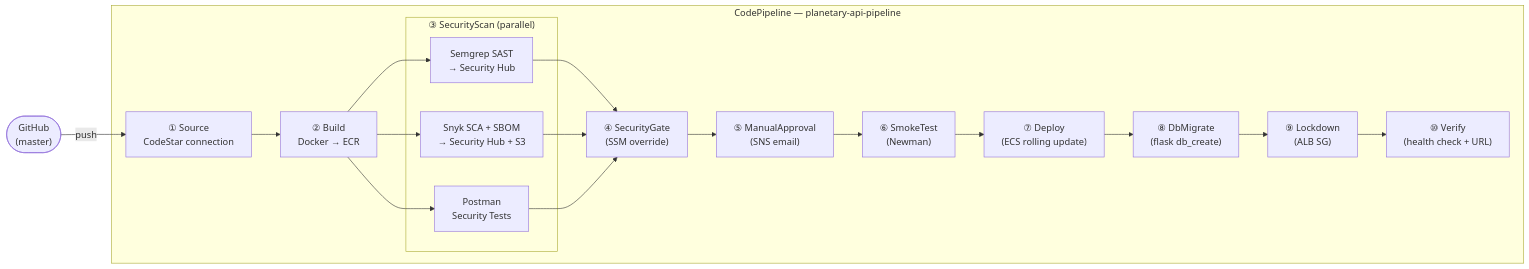
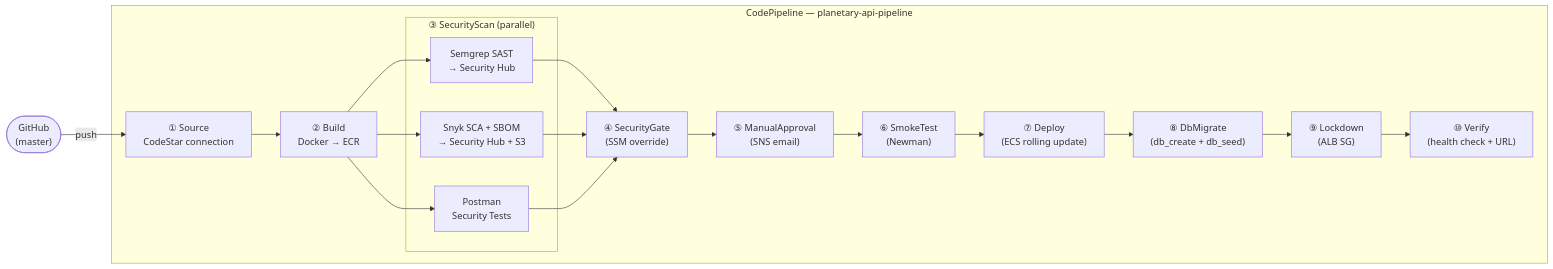
One commit to andyrat33/planetary-api changed the first of 2 diagrams in README.md. Above: the diagram before and after it, drawn with Mermaid. The commit also changed other lines of this file and 9 other files, not shown here.

First line of the commit message:
feat: make db_seed idempotent and include it in the DbMigrate pipeline stage

````diff
--- a/README.md
+++ b/README.md
@@ -153,34 +153,34 @@
 ```mermaid
 flowchart LR
     GH(["GitHub\n(master)"])
 
     subgraph CP ["CodePipeline — planetary-api-pipeline"]
         S1["① Source\nCodeStar connection"]
         S2["② Build\nDocker → ECR"]
 
         subgraph Scan ["③ SecurityScan  (parallel)"]
             sg["Semgrep SAST\n→ Security Hub"]
             sn["Snyk SCA + SBOM\n→ Security Hub + S3"]
             ps["Postman\nSecurity Tests"]
         end
 
         S4["④ SecurityGate\n(SSM override)"]
         S5["⑤ ManualApproval\n(SNS email)"]
         S6["⑥ SmokeTest\n(Newman)"]
         S7["⑦ Deploy\n(ECS rolling update)"]
-        S8["⑧ DbMigrate\n(flask db_create)"]
+        S8["⑧ DbMigrate\n(db_create + db_seed)"]
         S9["⑨ Lockdown\n(ALB SG)"]
         S10["⑩ Verify\n(health check + URL)"]
 
         S1 --> S2
         S2 --> sg
         S2 --> sn
         S2 --> ps
         sg --> S4
         sn --> S4
         ps --> S4
         S4 --> S5 --> S6 --> S7 --> S8 --> S9 --> S10
     end
 
     GH -->|push| S1
 ```
````
